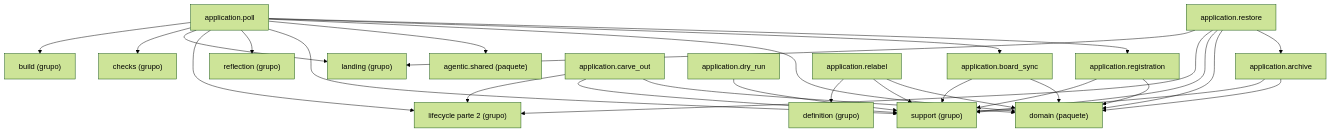
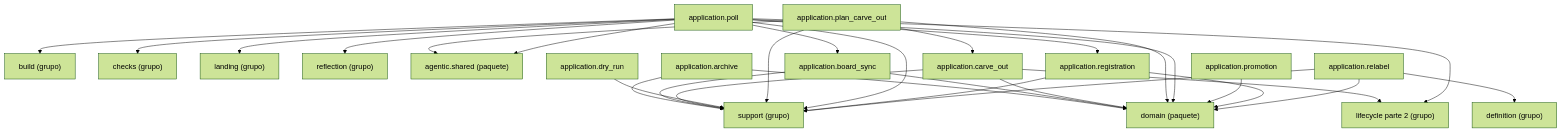
The diagram in docs/architecture/generated/packages-process-application-lifecycle-1.md (GonzaloZevallos/agentic-system), drawn with Mermaid (forest theme) before and after one commit. The commit also changed 46 other files, not shown here.

````diff
--- a/docs/architecture/generated/packages-process-application-lifecycle-1.md
+++ b/docs/architecture/generated/packages-process-application-lifecycle-1.md
@@ -17,48 +17,49 @@
 ```mermaid
 graph TD
     g_application__build["build (grupo)"]
     g_application__checks["checks (grupo)"]
     g_application__definition["definition (grupo)"]
     g_application__landing["landing (grupo)"]
     g_application__lifecycle__2["lifecycle parte 2 (grupo)"]
     g_application__reflection["reflection (grupo)"]
     g_application__support["support (grupo)"]
     g_pkg__agentic__shared["agentic.shared (paquete)"]
     g_pkg__domain["domain (paquete)"]
     m_application__archive["application.archive"]
     m_application__board_sync["application.board_sync"]
     m_application__carve_out["application.carve_out"]
     m_application__dry_run["application.dry_run"]
+    m_application__plan_carve_out["application.plan_carve_out"]
     m_application__poll["application.poll"]
+    m_application__promotion["application.promotion"]
     m_application__registration["application.registration"]
     m_application__relabel["application.relabel"]
-    m_application__restore["application.restore"]
     m_application__archive --> g_application__support
     m_application__archive --> g_pkg__domain
     m_application__board_sync --> g_application__support
     m_application__board_sync --> g_pkg__domain
     m_application__carve_out --> g_application__lifecycle__2
     m_application__carve_out --> g_application__support
     m_application__carve_out --> g_pkg__domain
     m_application__dry_run --> g_application__support
+    m_application__plan_carve_out --> g_application__support
+    m_application__plan_carve_out --> g_pkg__agentic__shared
+    m_application__plan_carve_out --> g_pkg__domain
+    m_application__plan_carve_out --> m_application__carve_out
     m_application__poll --> g_application__build
     m_application__poll --> g_application__checks
     m_application__poll --> g_application__landing
     m_application__poll --> g_application__lifecycle__2
     m_application__poll --> g_application__reflection
     m_application__poll --> g_application__support
     m_application__poll --> g_pkg__agentic__shared
     m_application__poll --> g_pkg__domain
     m_application__poll --> m_application__board_sync
     m_application__poll --> m_application__registration
+    m_application__promotion --> g_pkg__domain
     m_application__registration --> g_application__support
     m_application__registration --> g_pkg__domain
     m_application__relabel --> g_application__definition
     m_application__relabel --> g_application__support
     m_application__relabel --> g_pkg__domain
-    m_application__restore --> g_application__landing
-    m_application__restore --> g_application__lifecycle__2
-    m_application__restore --> g_application__support
-    m_application__restore --> g_pkg__domain
-    m_application__restore --> m_application__archive
 ```
````
